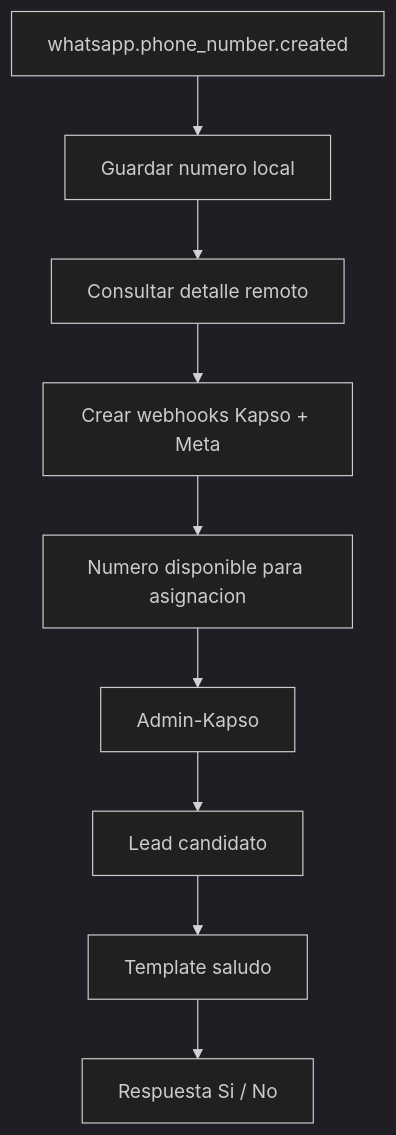
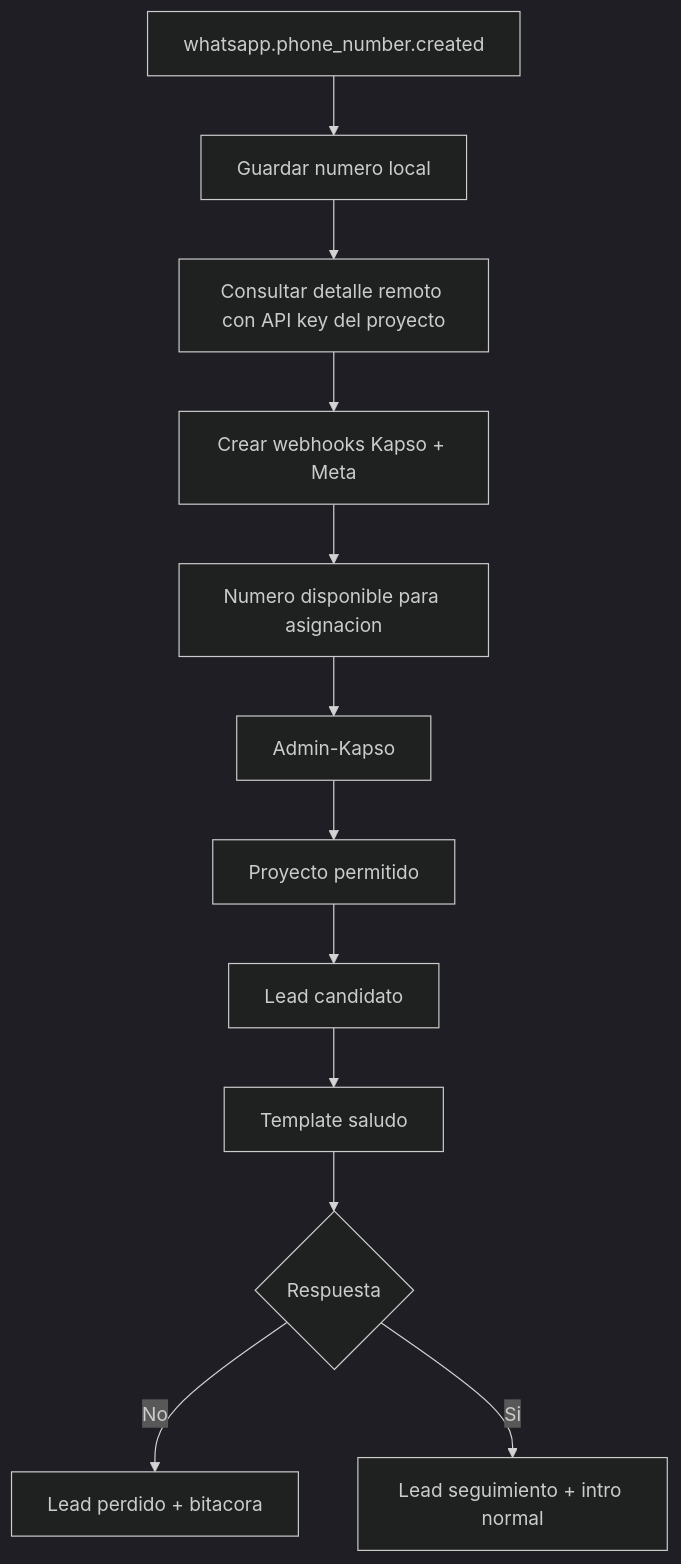
The diagram in src/modules/kapso/README.md (roccacr/CRM_VENTAS), drawn with Mermaid (dark theme) before and after one commit. The commit also changed other lines of this file and 15 other files, not shown here.

````diff
--- a/src/modules/kapso/README.md
+++ b/src/modules/kapso/README.md
@@ -35,11 +37,14 @@
 ```mermaid
 flowchart TD
   A["whatsapp.phone_number.created"] --> B["Guardar numero local"]
-  B --> C["Consultar detalle remoto"]
+  B --> C["Consultar detalle remoto con API key del proyecto"]
   C --> D["Crear webhooks Kapso + Meta"]
   D --> E["Numero disponible para asignacion"]
   E --> F["Admin-Kapso"]
-  F --> G["Lead candidato"]
-  G --> H["Template saludo"]
-  H --> I["Respuesta Si / No"]
+  F --> G["Proyecto permitido"]
+  G --> H["Lead candidato"]
+  H --> I["Template saludo"]
+  I --> J{"Respuesta"}
+  J -- "No" --> K["Lead perdido + bitacora"]
+  J -- "Si" --> L["Lead seguimiento + intro normal"]
 ```
````
